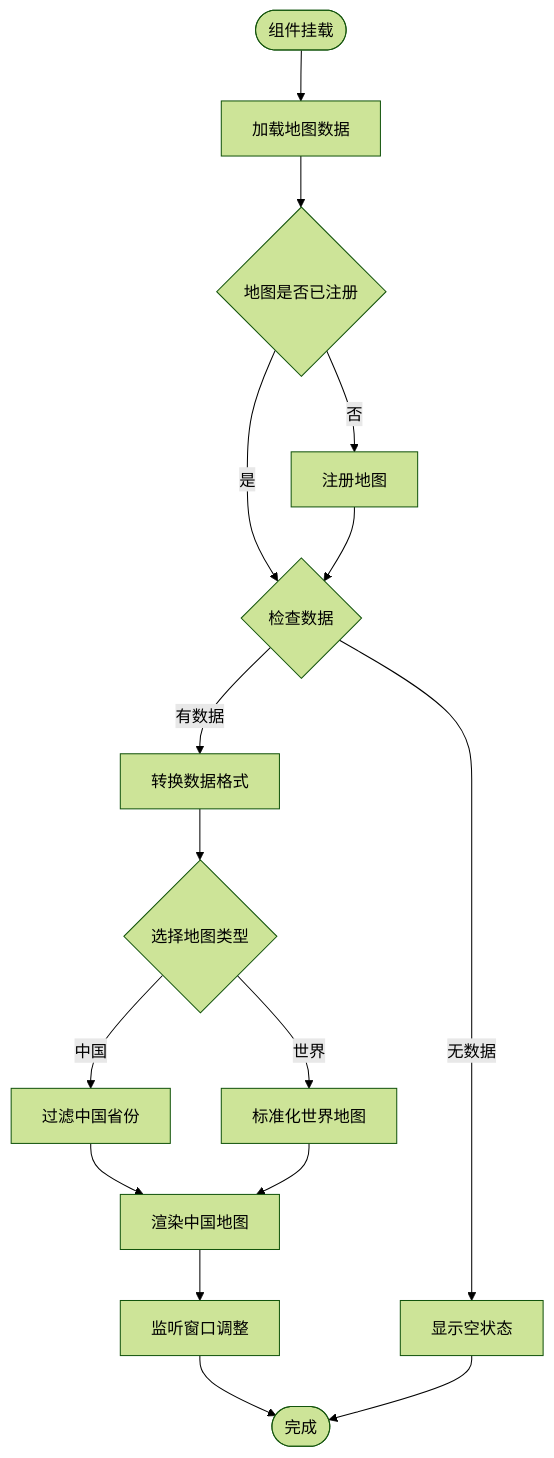
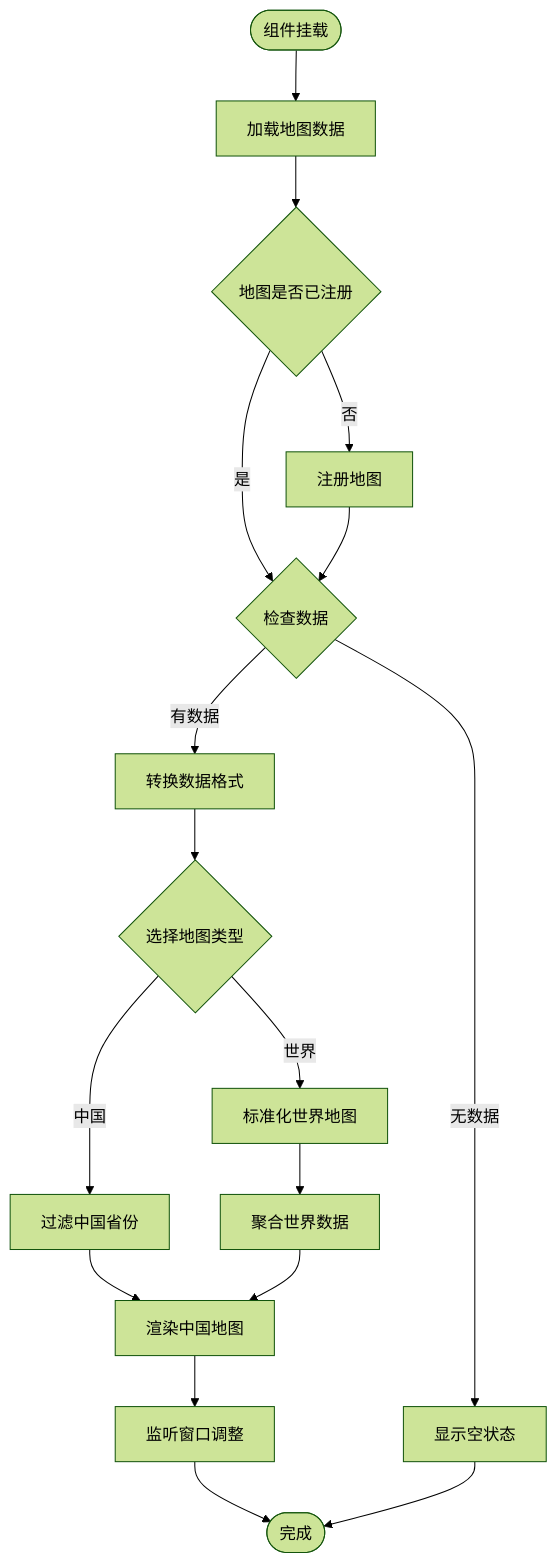
Before and after one commit to RadiumAg/AIGate: the seventh of 10 diagrams in .qoder/repowiki/zh/content/Dashboard Components.md, drawn with Mermaid (forest theme). The commit also changed other lines of this file and 2 other files, not shown here.

First line of the commit message:
docs(dashboard): 更新企业级仪表板系统文档及区域热力图优化

````diff
--- a/.qoder/repowiki/zh/content/Dashboard Components.md
+++ b/.qoder/repowiki/zh/content/Dashboard Components.md
@@ -283,18 +285,19 @@
 ```mermaid
 flowchart TD
 Start([组件挂载]) --> LoadMap[加载地图数据]
 LoadMap --> CheckMap{地图是否已注册}
 CheckMap --> |否| RegisterMap[注册地图]
 CheckMap --> |是| CheckData{检查数据}
 RegisterMap --> CheckData
 CheckData --> |无数据| ShowEmpty[显示空状态]
 CheckData --> |有数据| ConvertData[转换数据格式]
 ConvertData --> SelectMap{选择地图类型}
 SelectMap --> |中国| FilterChina[过滤中国省份]
 SelectMap --> |世界| NormalizeWorld[标准化世界地图]
 FilterChina --> RenderChart[渲染中国地图]
-NormalizeWorld --> RenderChart
+NormalizeWorld --> AggregateData[聚合世界数据]
+AggregateData --> RenderChart
 RenderChart --> HandleResize[监听窗口调整]
 HandleResize --> End([完成])
 ShowEmpty --> End
 ```
````
